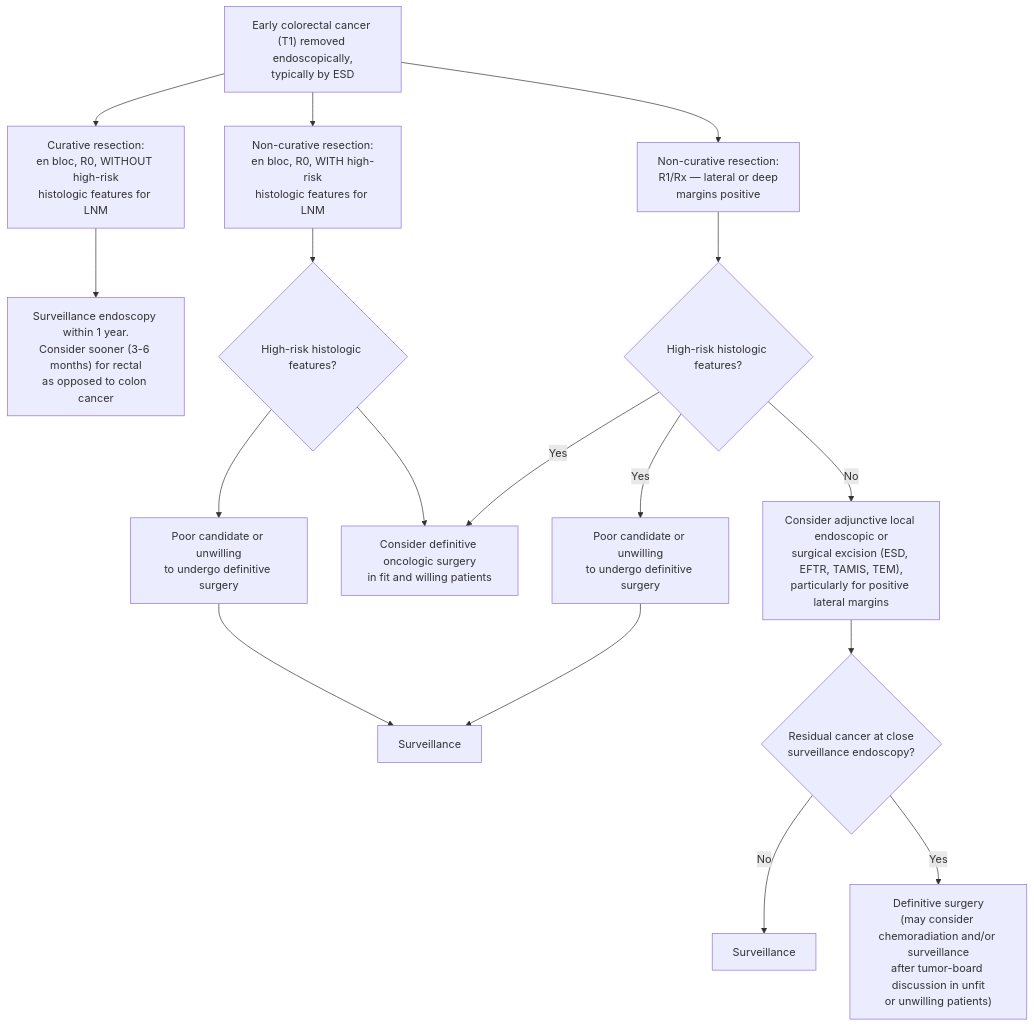
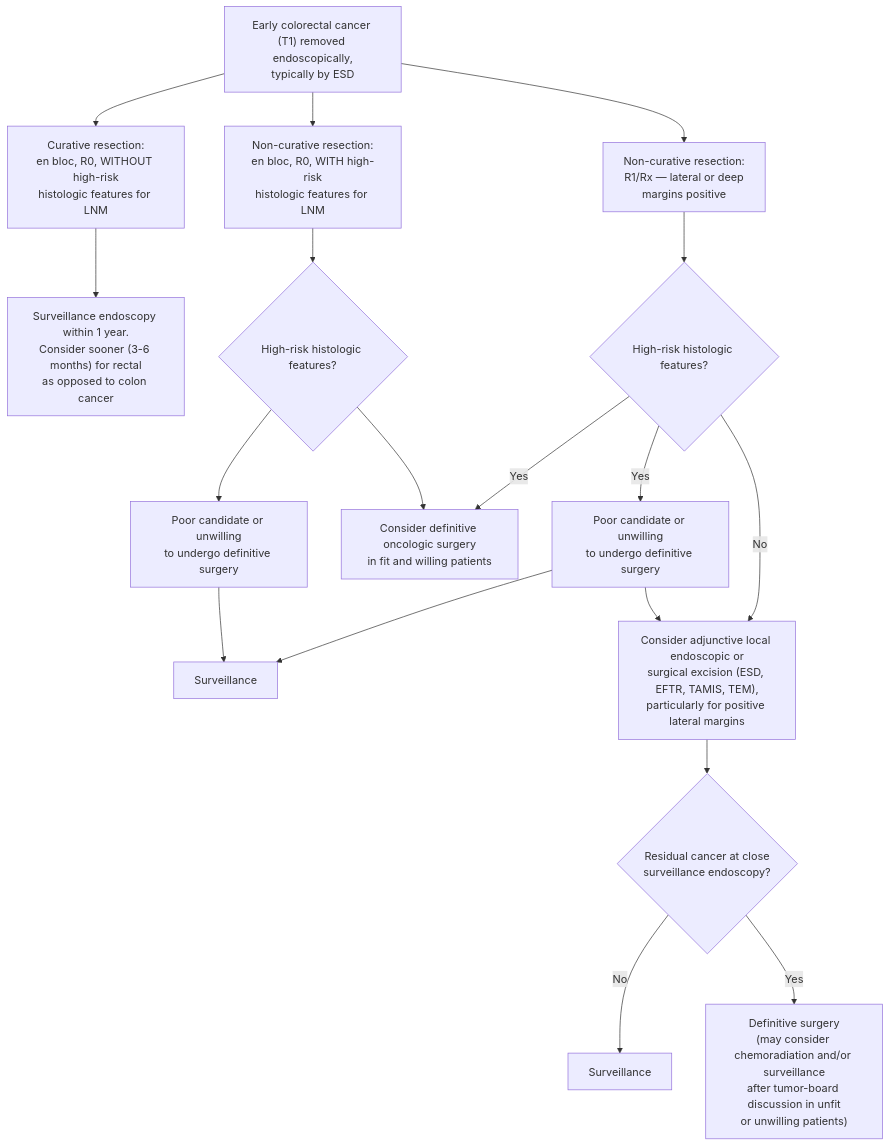
Before and after one commit to KHNickLeMD/KHNL-GI-Wiki: the diagram in KHNL-GI-Wiki/wiki/sources/aga-2025-endoscopic-resection-crc.md, drawn with Mermaid. The commit also changed other lines of this file and 22 other files, not shown here.

````diff
--- a/KHNL-GI-Wiki/wiki/sources/aga-2025-endoscopic-resection-crc.md
+++ b/KHNL-GI-Wiki/wiki/sources/aga-2025-endoscopic-resection-crc.md
@@ -85,23 +86,24 @@
 ```mermaid
 flowchart TD
     A["Early colorectal cancer (T1) removed endoscopically,<br/>typically by ESD"] --> B["Curative resection:<br/>en bloc, R0, WITHOUT high-risk<br/>histologic features for LNM"]
     A --> C["Non-curative resection:<br/>en bloc, R0, WITH high-risk<br/>histologic features for LNM"]
     A --> D["Non-curative resection:<br/>R1/Rx — lateral or deep<br/>margins positive"]
 
     B --> B1["Surveillance endoscopy within 1 year.<br/>Consider sooner (3-6 months) for rectal<br/>as opposed to colon cancer"]
 
     C --> E{"High-risk histologic features?"}
     D --> F{"High-risk histologic features?"}
 
     E --> G["Poor candidate or unwilling<br/>to undergo definitive surgery"]
     E --> H["Consider definitive oncologic surgery<br/>in fit and willing patients"]
     F -->|Yes| H
     F -->|Yes| I["Poor candidate or unwilling<br/>to undergo definitive surgery"]
     F -->|No| J["Consider adjunctive local endoscopic or<br/>surgical excision (ESD, EFTR, TAMIS, TEM),<br/>particularly for positive lateral margins"]
 
     G --> S1["Surveillance"]
     I --> S1
+    I --> J
     J --> K{"Residual cancer at close<br/>surveillance endoscopy?"}
     K -->|No| S2["Surveillance"]
     K -->|Yes| L["Definitive surgery<br/>(may consider chemoradiation and/or surveillance<br/>after tumor-board discussion in unfit<br/>or unwilling patients)"]
 ```
````
